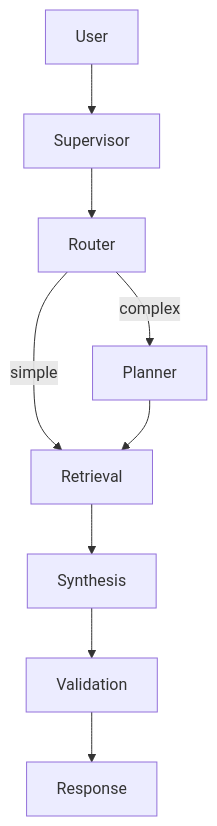
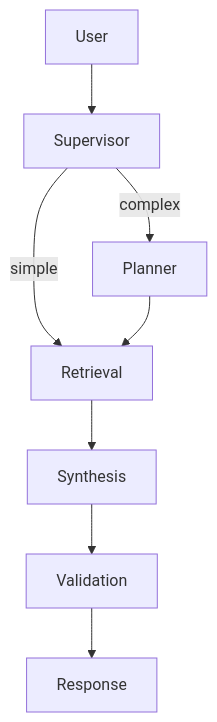
One commit to BjornMelin/docmind-ai-llm changed the diagram in docs/developers/adrs/ADR-011-agent-orchestration-framework.md. Above: the diagram before and after it, drawn with Mermaid. The commit also changed other lines of this file and 434 other files, not shown here.

````diff
--- a/docs/developers/adrs/ADR-011-agent-orchestration-framework.md
+++ b/docs/developers/adrs/ADR-011-agent-orchestration-framework.md
@@ -80,11 +79,10 @@
 ```mermaid
 graph TD
   U["User"] --> S["Supervisor"]
-  S --> R["Router"]
-  R -->|complex| P["Planner"]
-  R -->|simple| T["Retrieval"]
+  S -->|complex| P["Planner"]
+  S -->|simple| T["Retrieval"]
   P --> T
   T --> Y["Synthesis"]
   Y --> V["Validation"]
   V --> O["Response"]
 ```
````
